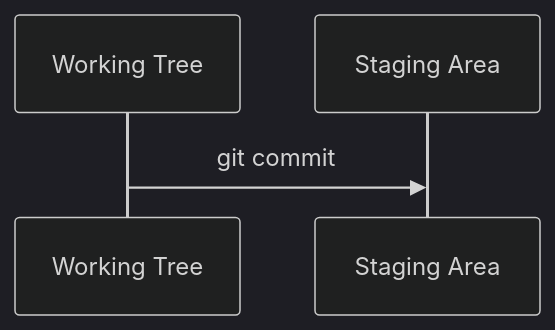
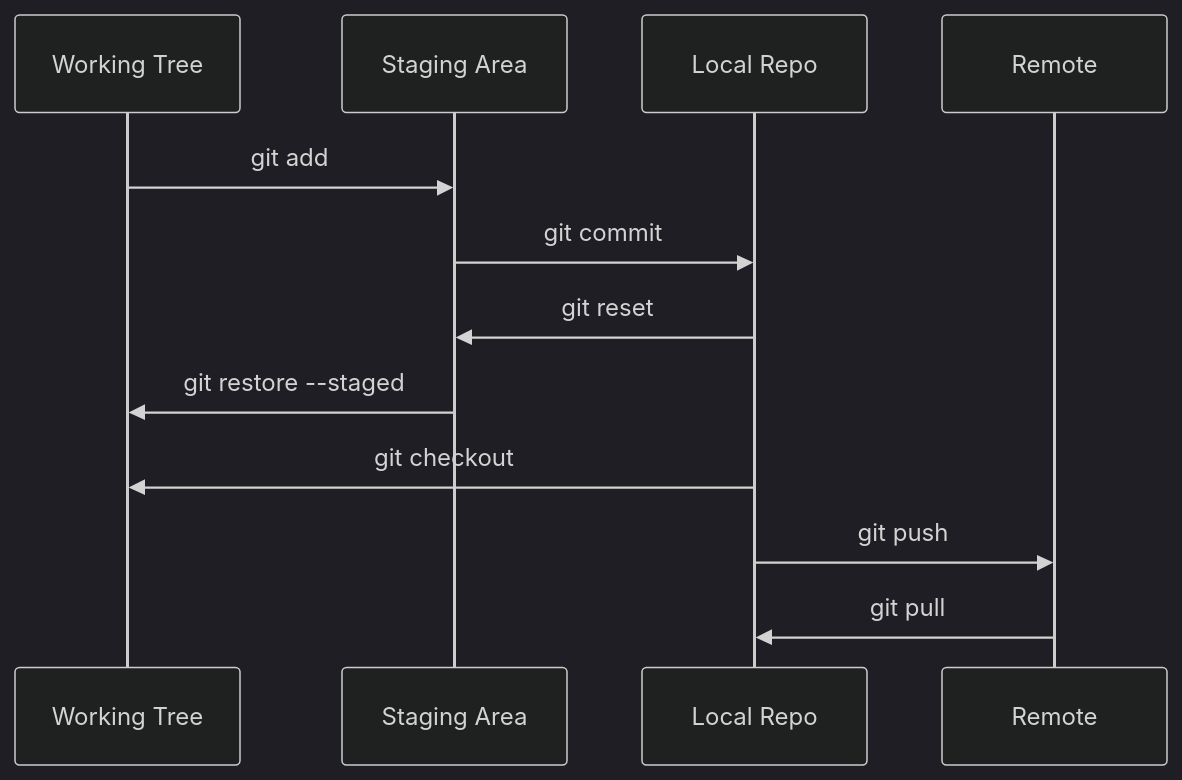
One commit to AYehia0/AYehia0.github.io changed the diagram in content/posts/git_wizard/index.md. Above: the diagram before and after it, drawn with Mermaid (dark theme). The commit also changed other lines of this file and 1 other file, not shown here.

Commit message:
Updated git blog

```diff
--- a/content/posts/git_wizard/index.md
+++ b/content/posts/git_wizard/index.md
@@ -59,6 +59,14 @@
 {{< mermaid >}}
 sequenceDiagram
     participant Working Tree
     participant Staging Area
-    Working Tree ->>Staging Area: git commit
+    participant Local Repo
+    Working Tree ->>Staging Area: git add
+    Staging Area ->>Local Repo: git commit
+    Local Repo ->>Staging Area: git reset
+    Staging Area ->>Working Tree: git restore --staged
+    Local Repo ->>Working Tree: git checkout
+    participant Remote
+    Local Repo ->>Remote: git push
+    Remote ->>Local Repo: git pull
 {{< /mermaid >}}
```
